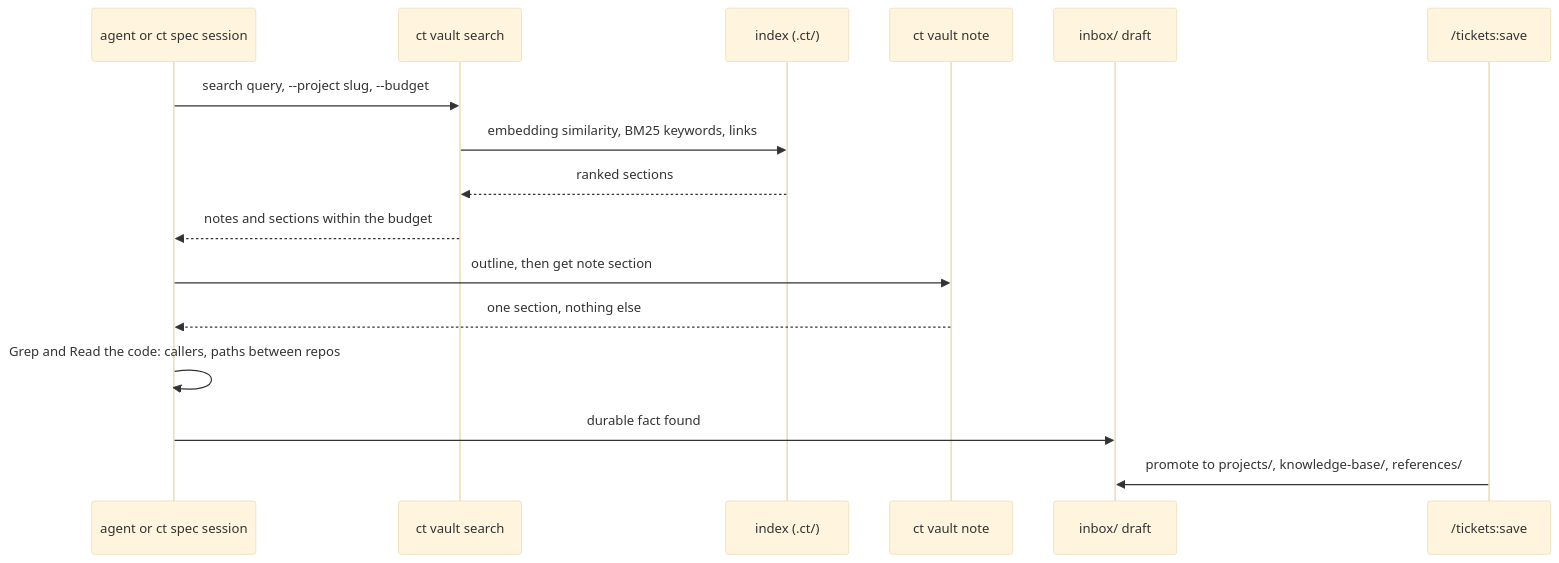
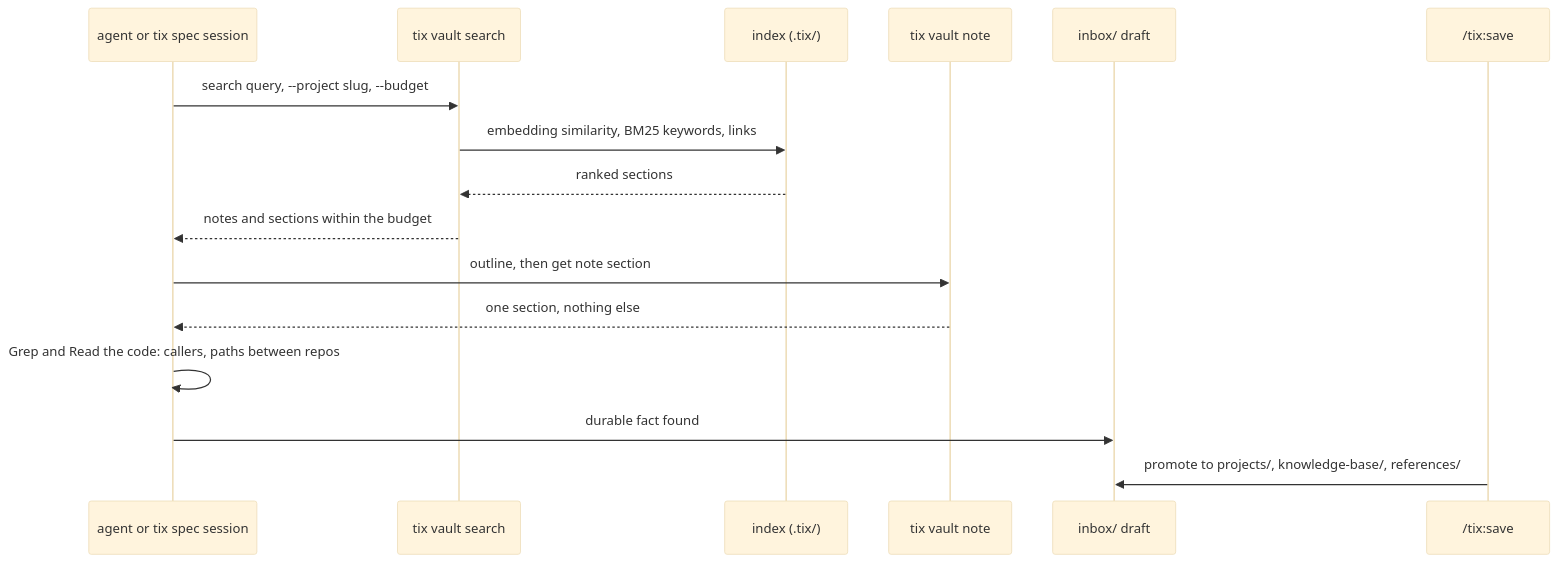
One commit to zero4573/claude-tickets changed the diagram in docs/knowledge-base.md. Above: the diagram before and after it, drawn with Mermaid (base theme). The commit also changed other lines of this file and 361 other files, not shown here.

First line of the commit message:
feat!: rename claude-tickets to tix and run sessions on kiro too

````diff
--- a/docs/knowledge-base.md
+++ b/docs/knowledge-base.md
@@ -7,18 +7,18 @@
 ```mermaid
 sequenceDiagram
-  participant A as agent or ct spec session
-  participant S as ct vault search
-  participant X as index (.ct/)
-  participant N as ct vault note
+  participant A as agent or tix spec session
+  participant S as tix vault search
+  participant X as index (.tix/)
+  participant N as tix vault note
   participant D as inbox/ draft
-  participant V as /tickets:save
+  participant V as /tix:save
   A->>S: search query, --project slug, --budget
   S->>X: embedding similarity, BM25 keywords, links
   X-->>S: ranked sections
   S-->>A: notes and sections within the budget
   A->>N: outline, then get note section
   N-->>A: one section, nothing else
   A->>A: Grep and Read the code: callers, paths between repos
   A->>D: durable fact found
   V->>D: promote to projects/, knowledge-base/, references/
 ```
````
